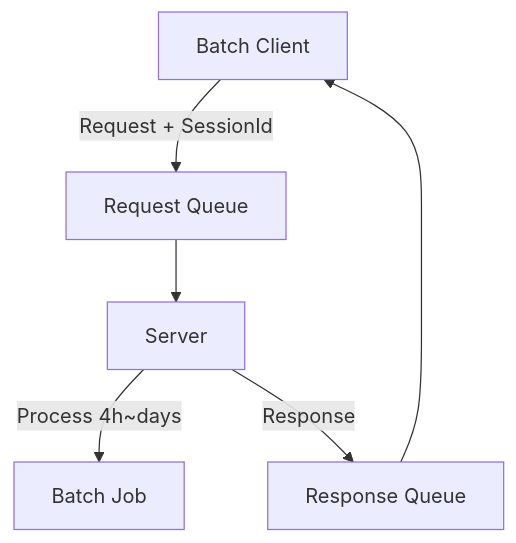
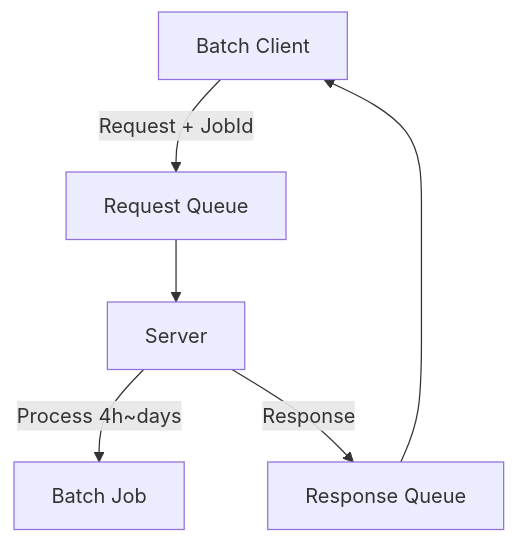
One commit to ampersandor/azure-servicebus-async-example changed the diagram in README.md. Above: the diagram before and after it, drawn with Mermaid. The commit also changed other lines of this file and 28 other files, not shown here.

````diff
--- a/README.md
+++ b/README.md
@@ -13,8 +13,8 @@
 ```mermaid
 graph TD
-    A[Batch Client] -->|Request + SessionId| B[Request Queue]
+    A[Batch Client] -->|Request + JobId| B[Request Queue]
     B --> C[Server]
     C -->|Process 4h~days| D[Batch Job]
     C -->|Response| E[Response Queue]
     E --> A
 ```
````
